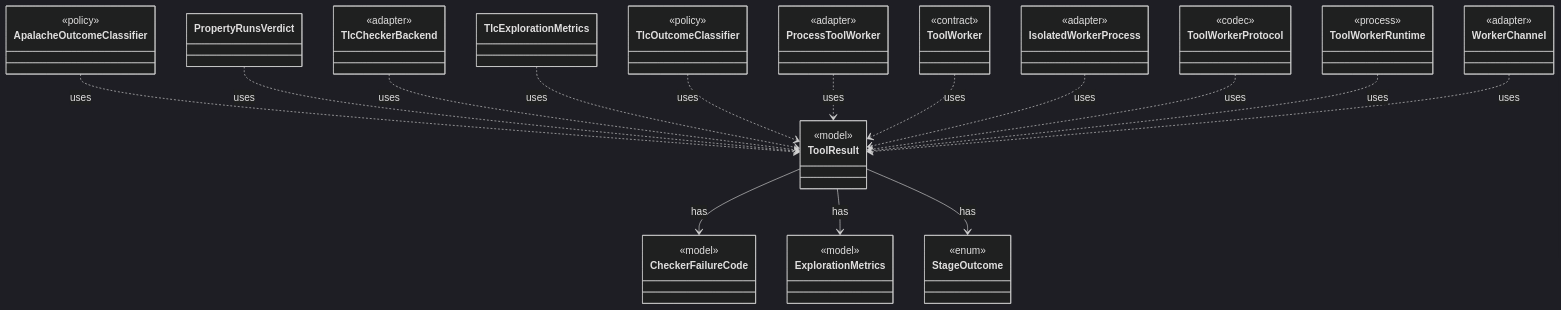
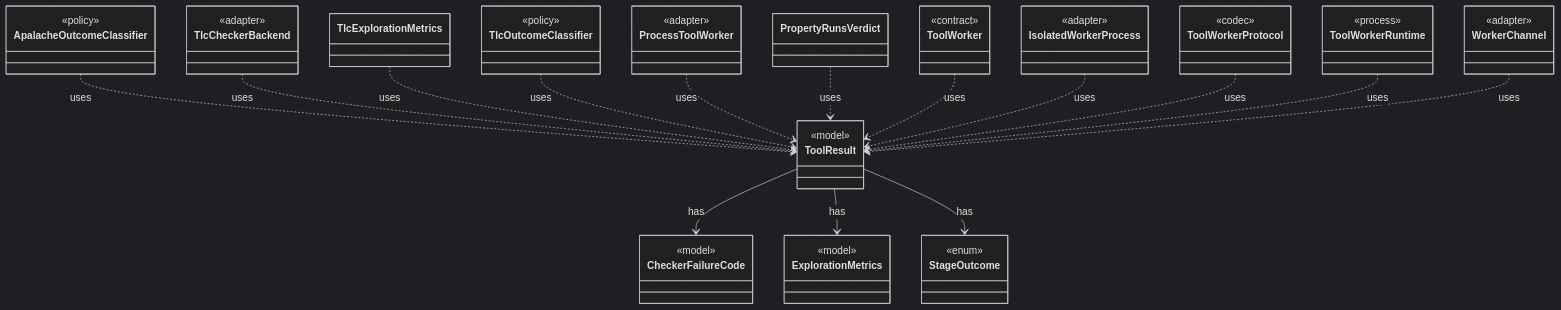
One commit to tlaplus/model-checker-hardening changed the diagram in dev/types/io.github.tlaplus.hardening.workflow.worker.ToolResult.md. Above: the diagram before and after it, drawn with Mermaid (dark theme). The commit also changed other lines of this file and 411 other files, not shown here.

````diff
--- a/dev/types/io.github.tlaplus.hardening.workflow.worker.ToolResult.md
+++ b/dev/types/io.github.tlaplus.hardening.workflow.worker.ToolResult.md
@@ -7,58 +7,58 @@
 ```mermaid
 classDiagram
   class ToolResult {
     <<model>>
   }
   class CheckerFailureCode {
     <<model>>
   }
   class ExplorationMetrics {
     <<model>>
   }
   class StageOutcome {
     <<enum>>
   }
   class ApalacheOutcomeClassifier {
     <<policy>>
   }
-  class PropertyRunsVerdict
   class TlcCheckerBackend {
     <<adapter>>
   }
   class TlcExplorationMetrics
   class TlcOutcomeClassifier {
     <<policy>>
   }
   class ProcessToolWorker {
     <<adapter>>
   }
+  class PropertyRunsVerdict
   class ToolWorker {
     <<contract>>
   }
   class IsolatedWorkerProcess {
     <<adapter>>
   }
   class ToolWorkerProtocol {
     <<codec>>
   }
   class ToolWorkerRuntime {
     <<process>>
   }
   class WorkerChannel {
     <<adapter>>
   }
   ToolResult --> CheckerFailureCode : has
   ToolResult --> ExplorationMetrics : has
   ToolResult --> StageOutcome : has
   ApalacheOutcomeClassifier ..> ToolResult : uses
-  PropertyRunsVerdict ..> ToolResult : uses
   TlcCheckerBackend ..> ToolResult : uses
   TlcExplorationMetrics ..> ToolResult : uses
   TlcOutcomeClassifier ..> ToolResult : uses
   ProcessToolWorker ..> ToolResult : uses
+  PropertyRunsVerdict ..> ToolResult : uses
   ToolWorker ..> ToolResult : uses
   IsolatedWorkerProcess ..> ToolResult : uses
   ToolWorkerProtocol ..> ToolResult : uses
   ToolWorkerRuntime ..> ToolResult : uses
   WorkerChannel ..> ToolResult : uses
 ```
````
